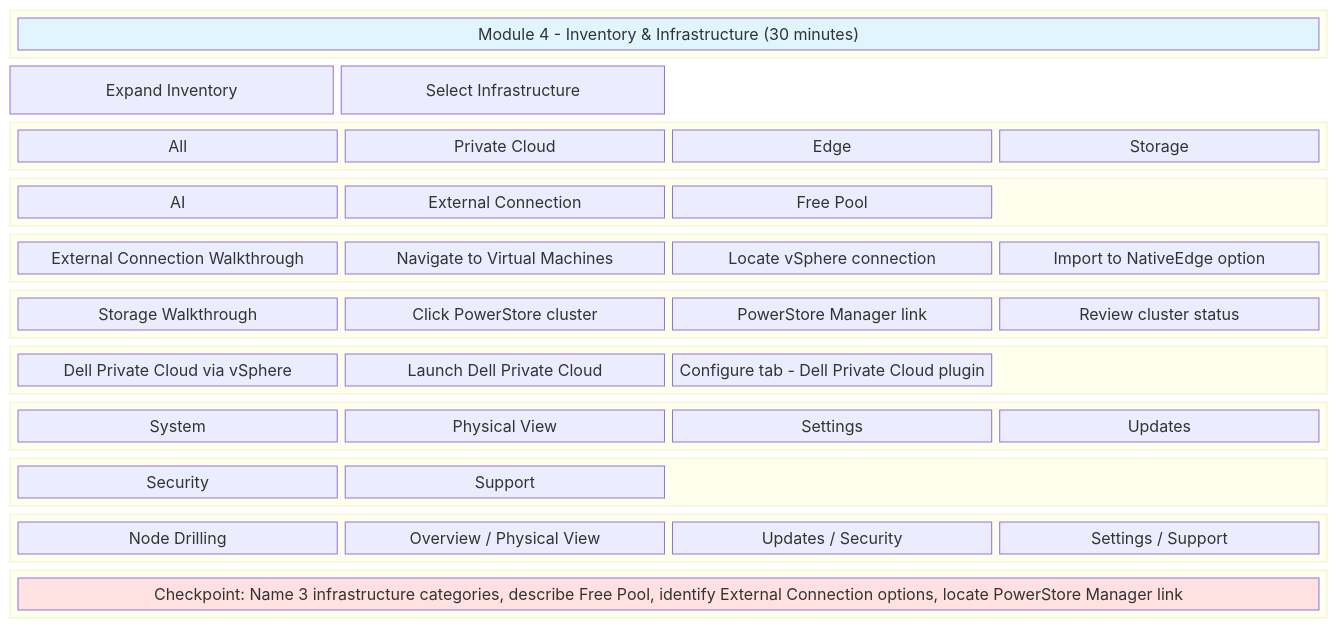
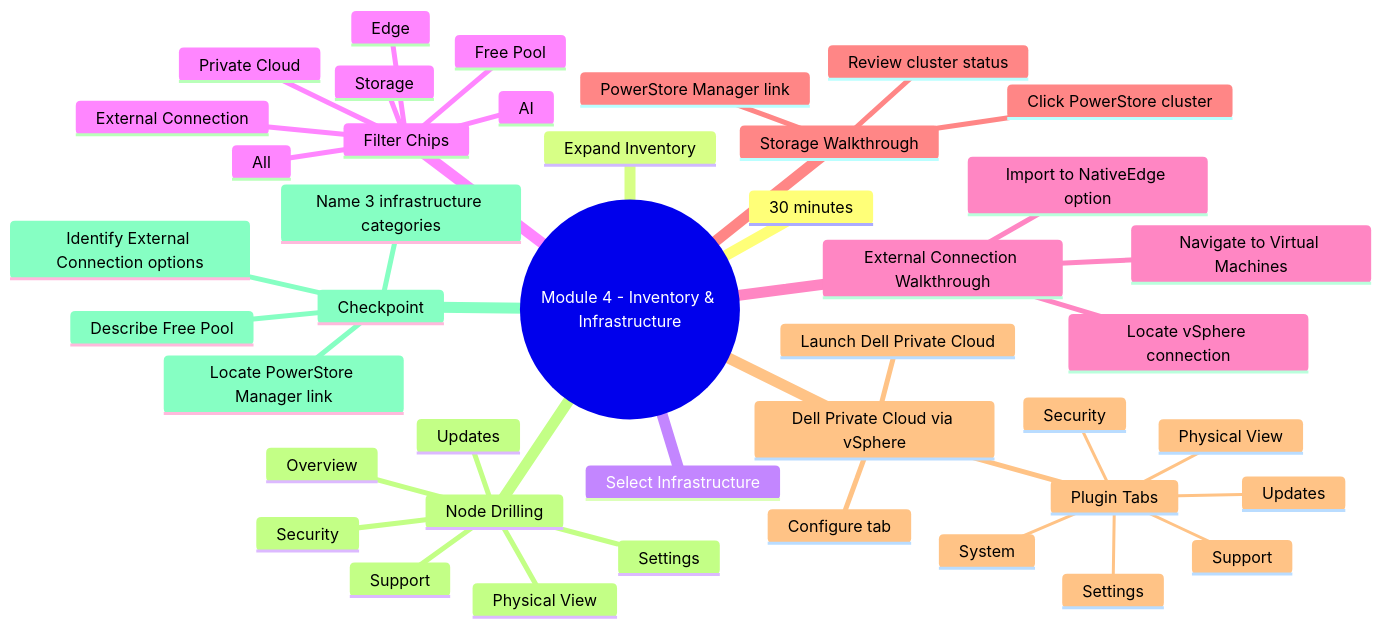
The diagram in docs/Instructor_Screen_Flow/slide_05_module4_infrastructure.mmd (tme-tech-ops/take-it-for-a-spin-partner-training), drawn with Mermaid before and after one commit. The commit also changed 9 other files, not shown here.

First line of the commit message:
Convert diagrams to mindmap format with minimal boxes

```diff
--- a/docs/Instructor_Screen_Flow/slide_05_module4_infrastructure.mmd
+++ b/docs/Instructor_Screen_Flow/slide_05_module4_infrastructure.mmd
@@ -1,72 +1,43 @@
-block-beta
-    columns 4
-    
-    block:header:4
-        A["Module 4 - Inventory & Infrastructure (30 minutes)"]
-    end
-    
-    B["Expand Inventory"]
-    C["Select Infrastructure"]
-    space:2
-    
-    block:filters:4
-        D["All"]
-        E["Private Cloud"]
-        F["Edge"]
-        G["Storage"]
-    end
-    
-    block:filters2:4
-        H["AI"]
-        I["External Connection"]
-        J["Free Pool"]
-        space
-    end
-    
-    block:external:4
-        K["External Connection Walkthrough"]
-        L["Navigate to Virtual Machines"]
-        M["Locate vSphere connection"]
-        N["Import to NativeEdge option"]
-    end
-    
-    block:storage:4
-        O["Storage Walkthrough"]
-        P["Click PowerStore cluster"]
-        Q["PowerStore Manager link"]
-        R["Review cluster status"]
-    end
-    
-    block:privatecloud:4
-        S["Dell Private Cloud via vSphere"]
-        T["Launch Dell Private Cloud"]
-        U["Configure tab - Dell Private Cloud plugin"]
-        space
-    end
-    
-    block:plugintabs:4
-        V["System"]
-        W["Physical View"]
-        X["Settings"]
-        Y["Updates"]
-    end
-    
-    block:plugintabs2:4
-        Z["Security"]
-        AA["Support"]
-        space:2
-    end
-    
-    block:node:4
-        AB["Node Drilling"]
-        AC["Overview / Physical View"]
-        AD["Updates / Security"]
-        AE["Settings / Support"]
-    end
-    
-    block:checkpoint:4
-        AF["Checkpoint: Name 3 infrastructure categories, describe Free Pool, identify External Connection options, locate PowerStore Manager link"]
-    end
-
-    style A fill:#e1f5ff
-    style AF fill:#ffe1e1
+mindmap
+  root((Module 4 - Inventory & Infrastructure))
+    30 minutes
+    Expand Inventory
+    Select Infrastructure
+    Filter Chips
+      All
+      Private Cloud
+      Edge
+      Storage
+      AI
+      External Connection
+      Free Pool
+    External Connection Walkthrough
+      Navigate to Virtual Machines
+      Locate vSphere connection
+      Import to NativeEdge option
+    Storage Walkthrough
+      Click PowerStore cluster
+      PowerStore Manager link
+      Review cluster status
+    Dell Private Cloud via vSphere
+      Launch Dell Private Cloud
+      Configure tab
+      Plugin Tabs
+        System
+        Physical View
+        Settings
+        Updates
+        Security
+        Support
+    Node Drilling
+      Overview
+      Physical View
+      Updates
+      Security
+      Settings
+      Support
+    Checkpoint
+      Name 3 infrastructure categories
+      Describe Free Pool
+      Identify External Connection options
+      Locate PowerStore Manager link
```
